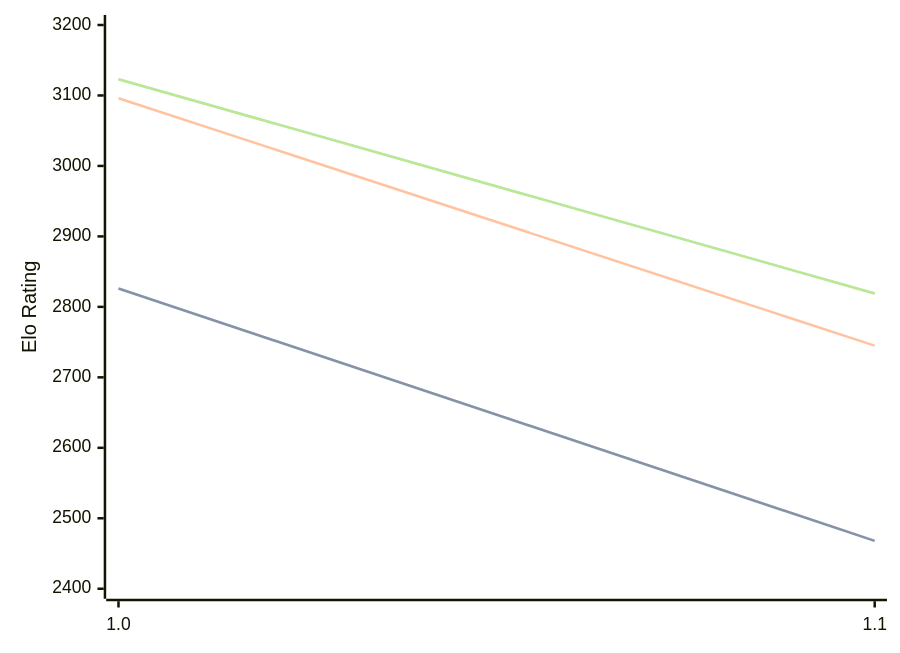
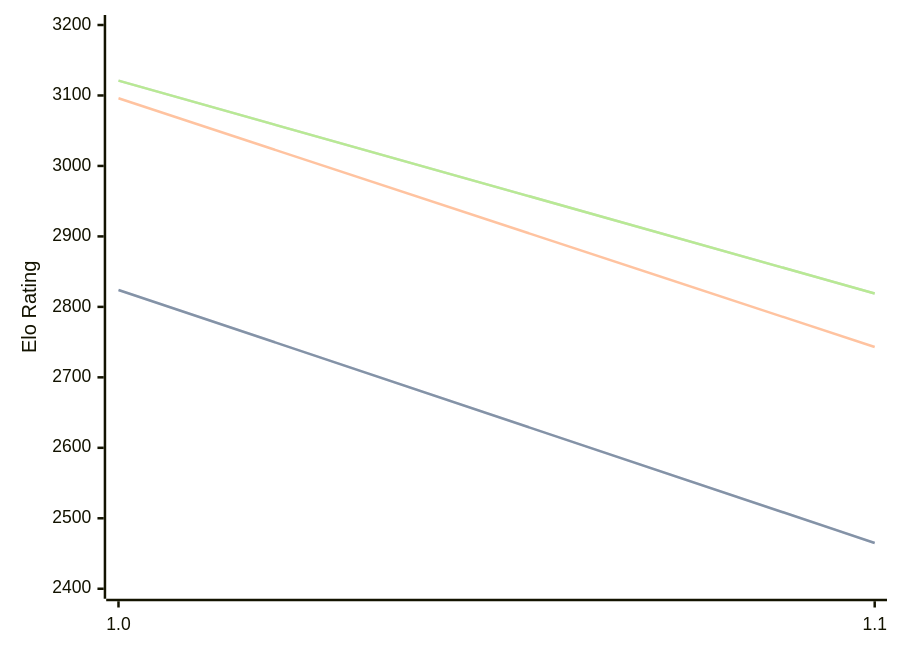
Before and after one commit to computer-chess-index/cci: the first of 3 diagrams in engines/Publius.md, drawn with Mermaid. The commit also changed other lines of this file, not shown here.

Commit message:
Update CCI Ratings (ELO VLTC) - 2026-06-30

````diff
--- a/engines/Publius.md
+++ b/engines/Publius.md
@@ -32,11 +32,11 @@
 ```mermaid
 %%{init: {"theme":"base","themeVariables":{"seriesColors:['#a3a3a3','#222221','#faa371']}}}%%
 xychart-beta
   x-axis ["1.0", "1.1"]
   y-axis "Elo Rating" 2400 --> 3200
-  line "STC (8.0+0.08s)" [2826, 2468]
-  line "STC (8.0+0.08s)" [2826, 2468]
-  line "LTC (60.0+0.60s)" [3096, 2745]
-  line "VLTC (2m24s+1.12s)" [3123, 2819]
-  line "VLTC (2m24s+1.12s)" [3123, 2819]
+  line "STC (8.0+0.08s)" [2824, 2465]
+  line "STC (8.0+0.08s)" [2824, 2465]
+  line "LTC (60.0+0.60s)" [3096, 2743]
+  line "VLTC (2m24s+1.12s)" [3121, 2819]
+  line "VLTC (2m24s+1.12s)" [3121, 2819]
 ```
````
